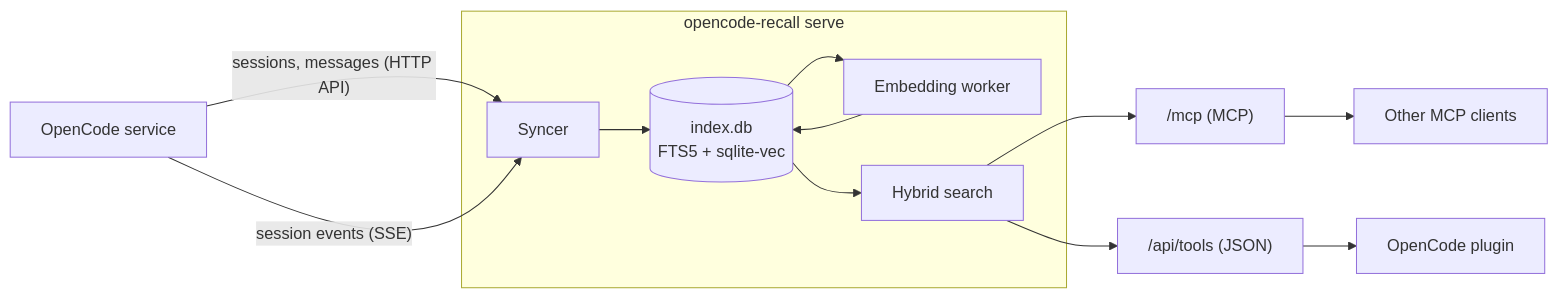
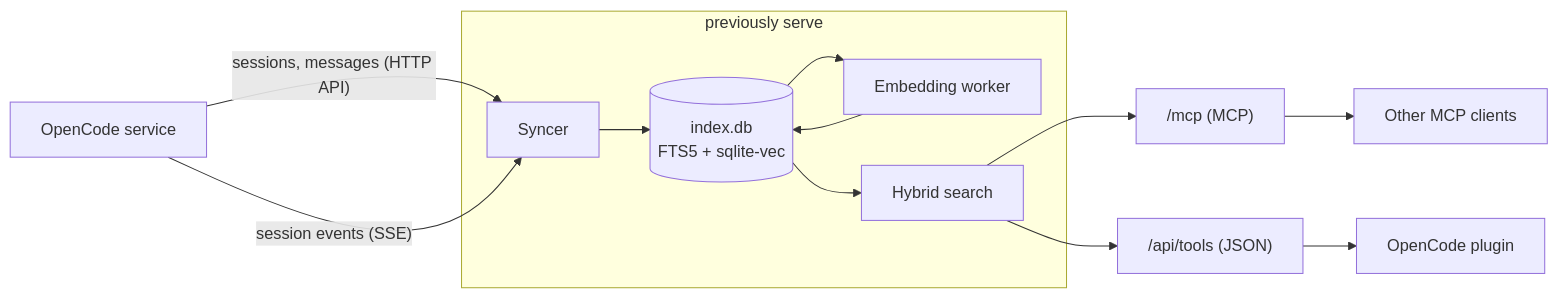
The diagram in README.md (aronstrandberg/previously), drawn with Mermaid before and after one commit. The commit also changed other lines of this file and 7 other files, not shown here.

````diff
--- a/README.md
+++ b/README.md
@@ -12,14 +12,14 @@
 ```mermaid
 flowchart LR
   oc[OpenCode service] -- "sessions, messages (HTTP API)" --> sync
   oc -- "session events (SSE)" --> sync
-  subgraph daemon["opencode-recall serve"]
+  subgraph daemon["previously serve"]
     sync[Syncer] --> db[(index.db<br/>FTS5 + sqlite-vec)]
     db --> embed[Embedding worker] --> db
     db --> search[Hybrid search]
   end
   search --> mcp["/mcp (MCP)"]
   search --> api["/api/tools (JSON)"]
   api --> plugin[OpenCode plugin]
   mcp --> clients[Other MCP clients]
 ```
````
